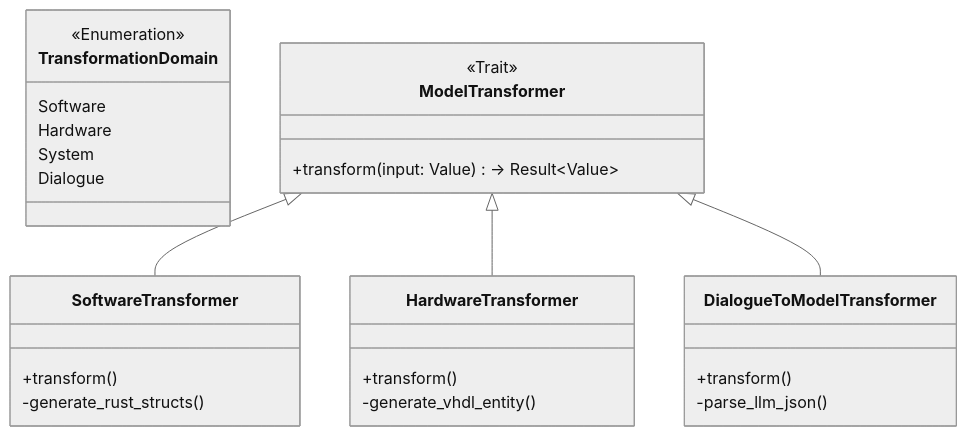
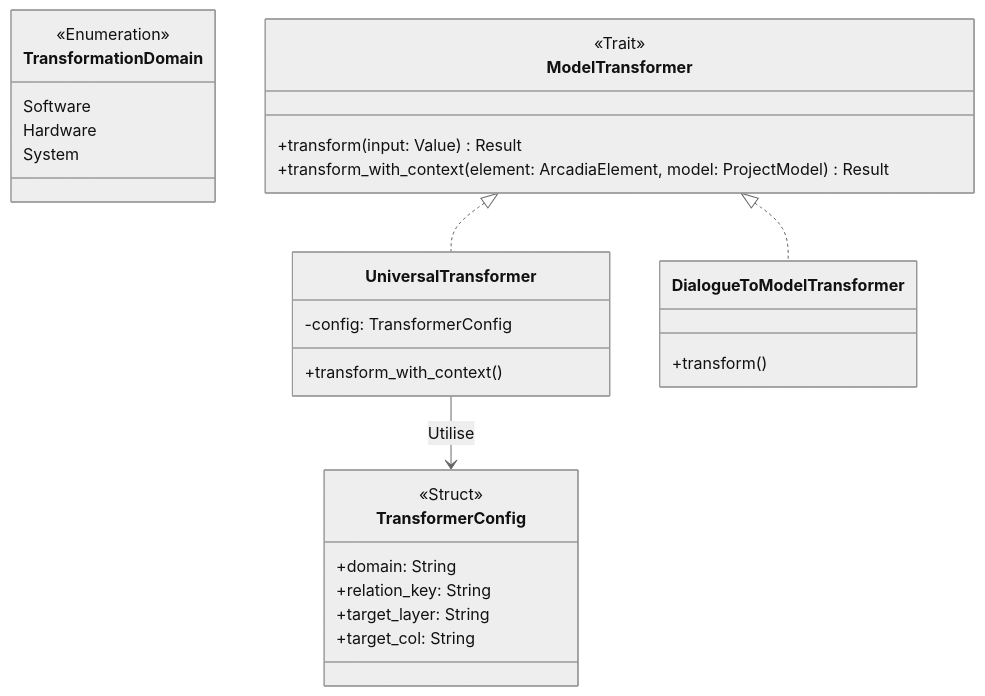
One commit to Condorcet-Continuum/raise changed the diagram in src-tauri/src/model_engine/transformers/README.md. Above: the diagram before and after it, drawn with Mermaid (neutral theme). The commit also changed other lines of this file and 138 other files, not shown here.

````diff
--- a/src-tauri/src/model_engine/transformers/README.md
+++ b/src-tauri/src/model_engine/transformers/README.md
@@ -17,35 +17,36 @@
 ```mermaid
 classDiagram
     class TransformationDomain {
         <<Enumeration>>
         Software
         Hardware
         System
-        Dialogue
+    }
+
+    class TransformerConfig {
+        <<Struct>>
+        +domain: String
+        +relation_key: String
+        +target_layer: String
+        +target_col: String
     }
 
     class ModelTransformer {
         <<Trait>>
-        +transform(input: Value) -> Result~Value~
+        +transform(input: Value) Result
+        +transform_with_context(element: ArcadiaElement, model: ProjectModel) Result
     }
 
-    class SoftwareTransformer {
-        +transform()
-        -generate_rust_structs()
-    }
-
-    class HardwareTransformer {
-        +transform()
-        -generate_vhdl_entity()
+    class UniversalTransformer {
+        -config: TransformerConfig
+        +transform_with_context()
     }
 
     class DialogueToModelTransformer {
         +transform()
-        -parse_llm_json()
     }
 
-    ModelTransformer <|-- SoftwareTransformer
-    ModelTransformer <|-- HardwareTransformer
-    ModelTransformer <|-- DialogueToModelTransformer
-
+    ModelTransformer <|.. UniversalTransformer
+    ModelTransformer <|.. DialogueToModelTransformer
+    UniversalTransformer --> TransformerConfig : Utilise
 ```
````
